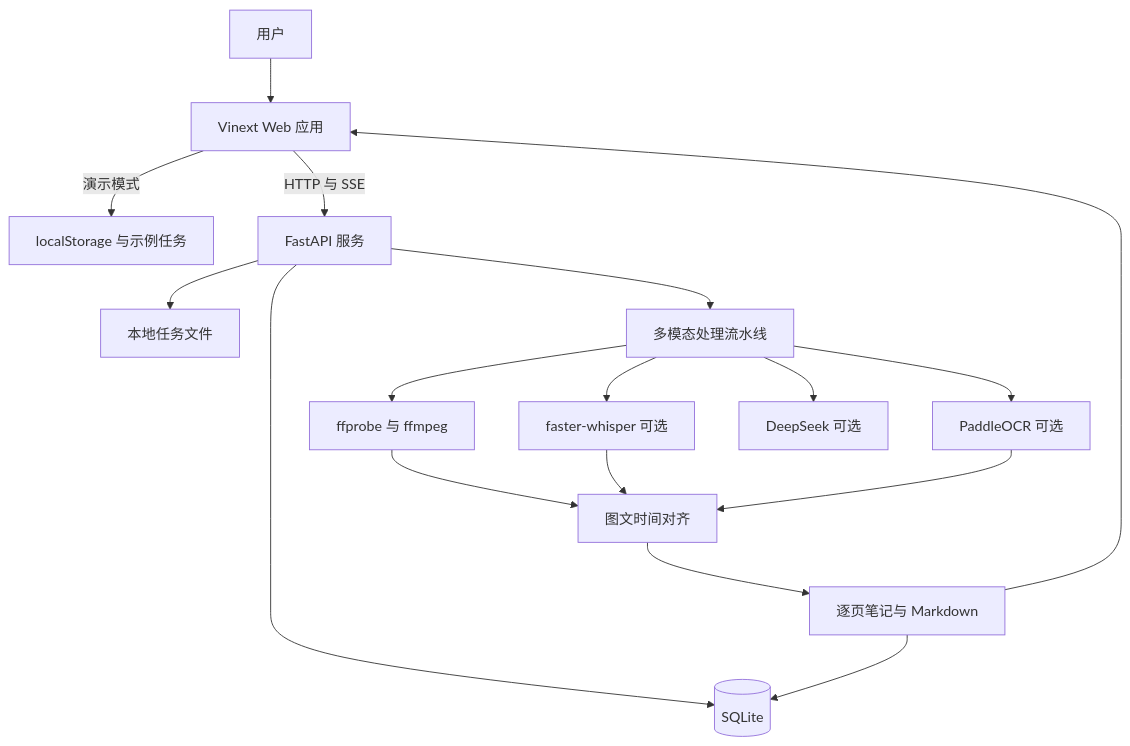
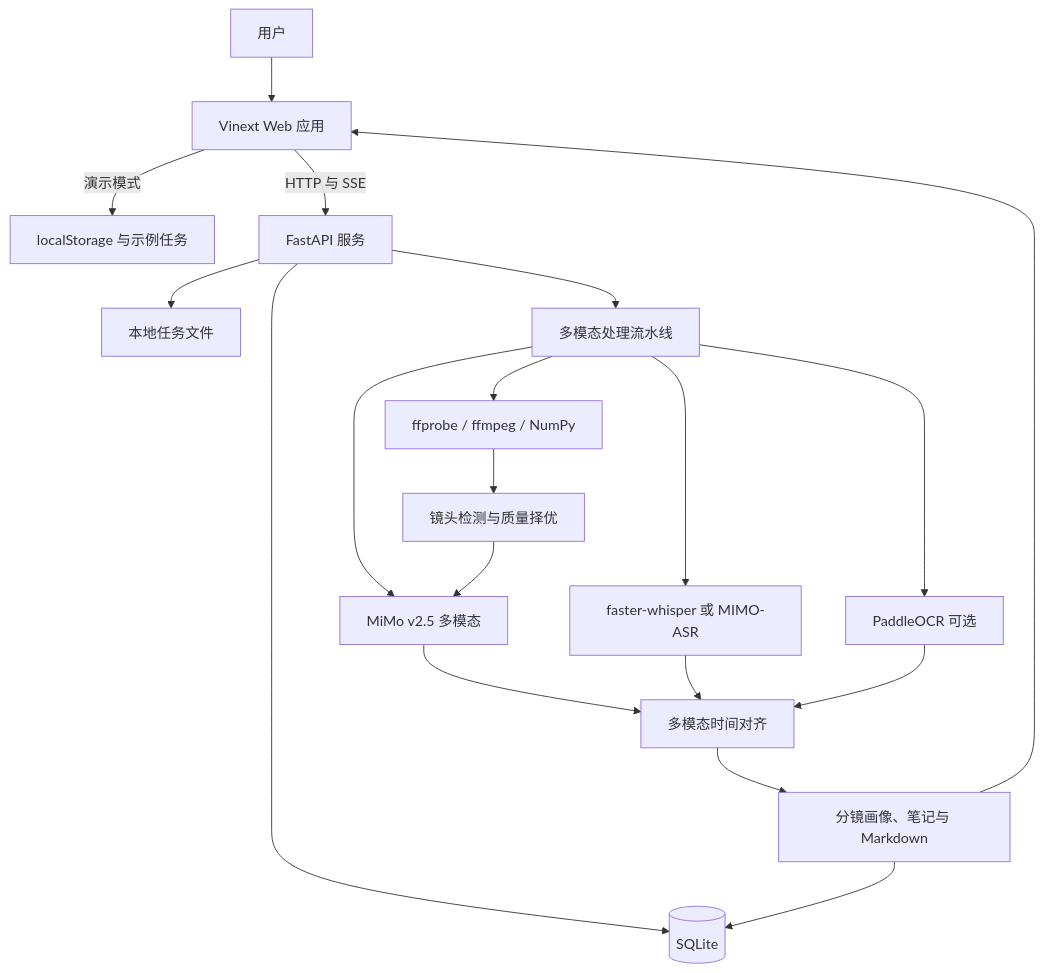
One commit to guyue356/SnapNote changed the first of 3 diagrams in README.md. Above: the diagram before and after it, drawn with Mermaid. The commit also changed other lines of this file and 2 other files, not shown here.

````diff
--- a/README.md
+++ b/README.md
@@ -232,22 +233,24 @@
 ```mermaid
 flowchart TD
     User["用户"] --> Web["Vinext Web 应用"]
     Web -->|"演示模式"| Local["localStorage 与示例任务"]
     Web -->|"HTTP 与 SSE"| API["FastAPI 服务"]
 
     API --> DB[("SQLite")]
     API --> Files["本地任务文件"]
     API --> Pipeline["多模态处理流水线"]
 
-    Pipeline --> Media["ffprobe 与 ffmpeg"]
-    Pipeline --> ASR["faster-whisper 可选"]
+    Pipeline --> Media["ffprobe / ffmpeg / NumPy"]
+    Pipeline --> ASR["faster-whisper 或 MIMO-ASR"]
     Pipeline --> OCR["PaddleOCR 可选"]
-    Pipeline --> LLM["DeepSeek 可选"]
+    Pipeline --> MIMO["MiMo v2.5 多模态"]
 
-    Media --> Align["图文时间对齐"]
+    Media --> Frames["镜头检测与质量择优"]
+    Frames --> MIMO
+    MIMO --> Align["多模态时间对齐"]
     ASR --> Align
     OCR --> Align
-    Align --> Notes["逐页笔记与 Markdown"]
+    Align --> Notes["分镜画像、笔记与 Markdown"]
     Notes --> DB
     Notes --> Web
 ```
````
